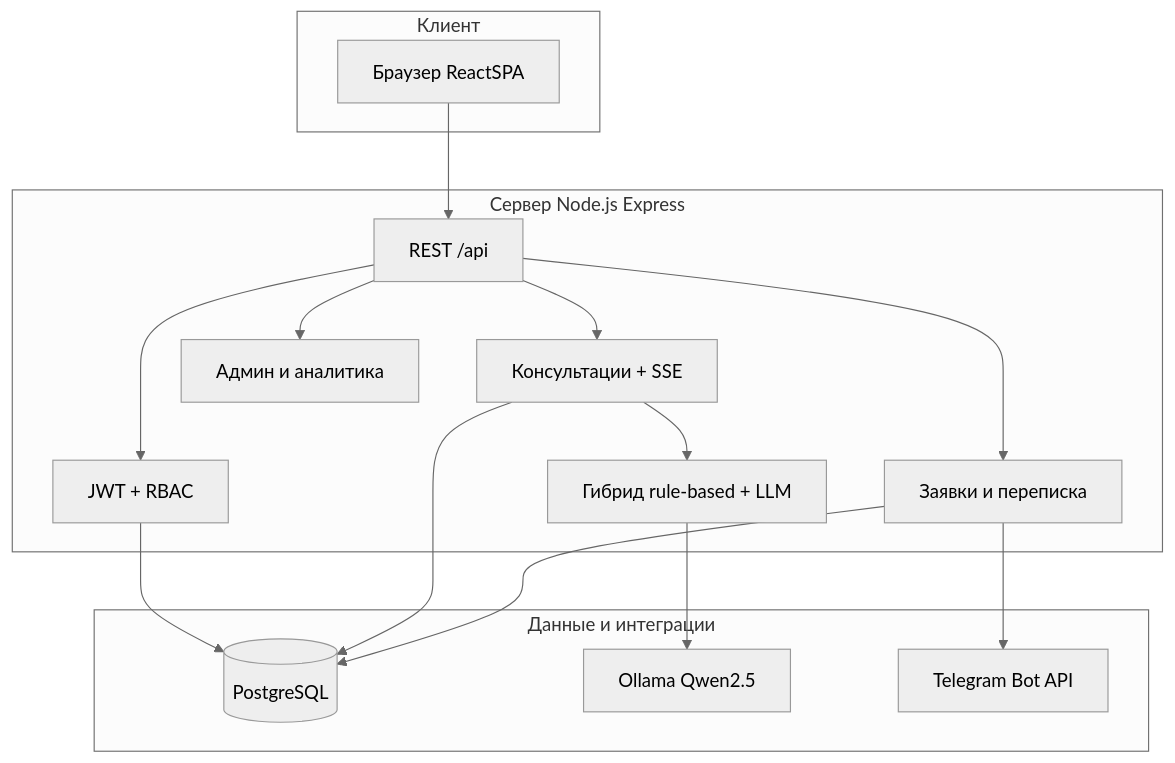
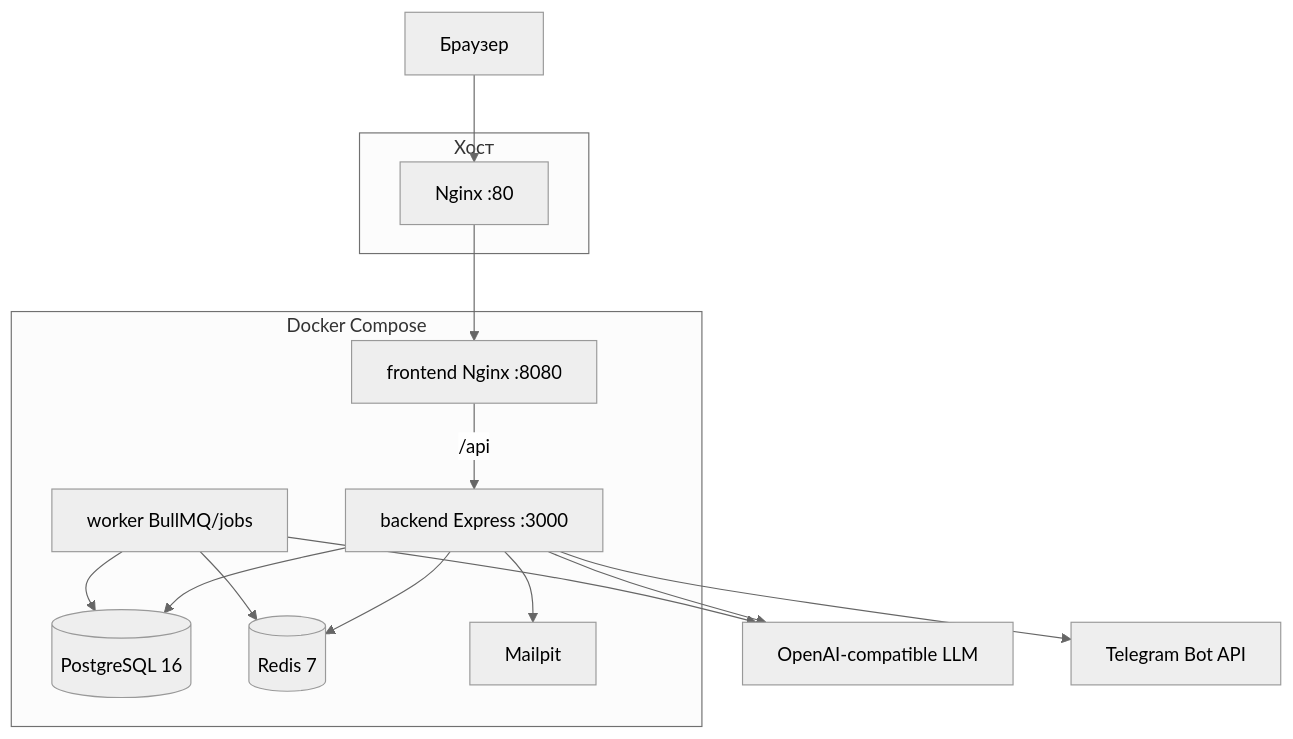
One commit to Nikityanskiy01/car-service-ai-assistant changed the diagram in docs/architecture.md. Above: the diagram before and after it, drawn with Mermaid (neutral theme). The commit also changed other lines of this file and 371 other files, not shown here.

````diff
--- a/docs/architecture.md
+++ b/docs/architecture.md
@@ -7,30 +5,28 @@
 ```mermaid
 flowchart TB
-  subgraph client [Клиент]
-    Browser[Браузер ReactSPA]
+  subgraph edge [Хост]
+    Nginx[Nginx :80]
   end
-  subgraph server [Сервер Node.js Express]
-    API[REST /api]
-    Auth[JWT + RBAC]
-    Consult[Консультации + SSE]
-    AI[Гибрид rule-based + LLM]
-    SR[Заявки и переписка]
-    Admin[Админ и аналитика]
+  subgraph compose [Docker Compose]
+    FE[frontend Nginx :8080]
+    API[backend Express :3000]
+    Worker[worker BullMQ/jobs]
+    PG[(PostgreSQL 16)]
+    Redis[(Redis 7)]
+    Mail[Mailpit]
   end
-  subgraph data [Данные и интеграции]
-    PG[(PostgreSQL)]
-    Ollama[Ollama Qwen2.5]
-    TG[Telegram Bot API]
-  end
-  Browser --> API
-  API --> Auth
-  API --> Consult
-  Consult --> AI
-  AI --> Ollama
-  API --> SR
-  API --> Admin
-  Auth --> PG
-  Consult --> PG
-  SR --> PG
-  SR --> TG
+  LLM[OpenAI-compatible LLM]
+  TG[Telegram Bot API]
+  Browser[Браузер]
+  Browser --> Nginx
+  Nginx --> FE
+  FE -->|/api| API
+  API --> PG
+  API --> Redis
+  API --> LLM
+  API --> TG
+  API --> Mail
+  Worker --> PG
+  Worker --> Redis
+  Worker --> LLM
 ```
````
